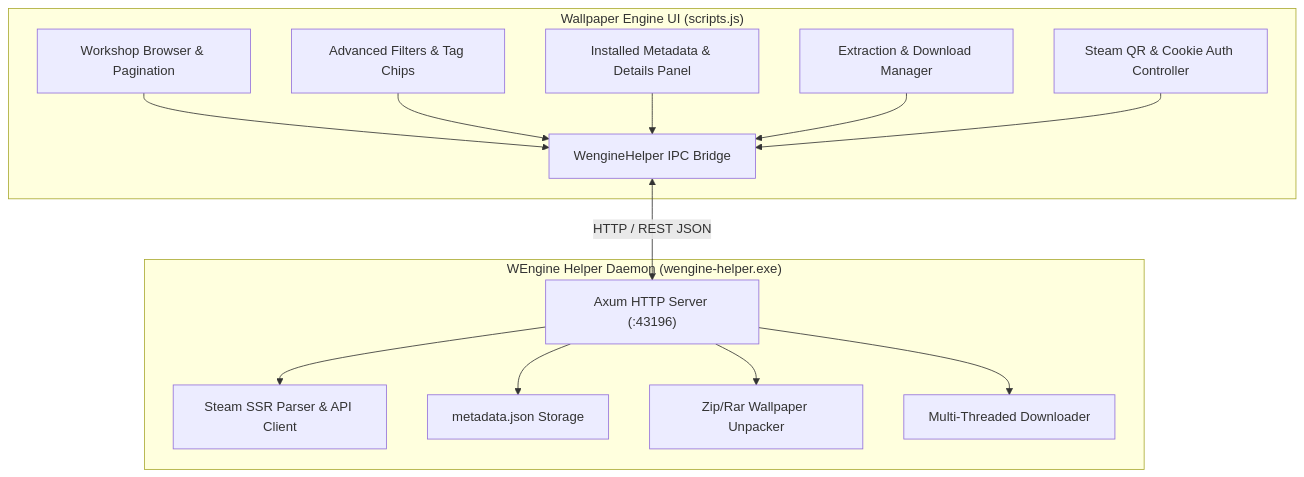
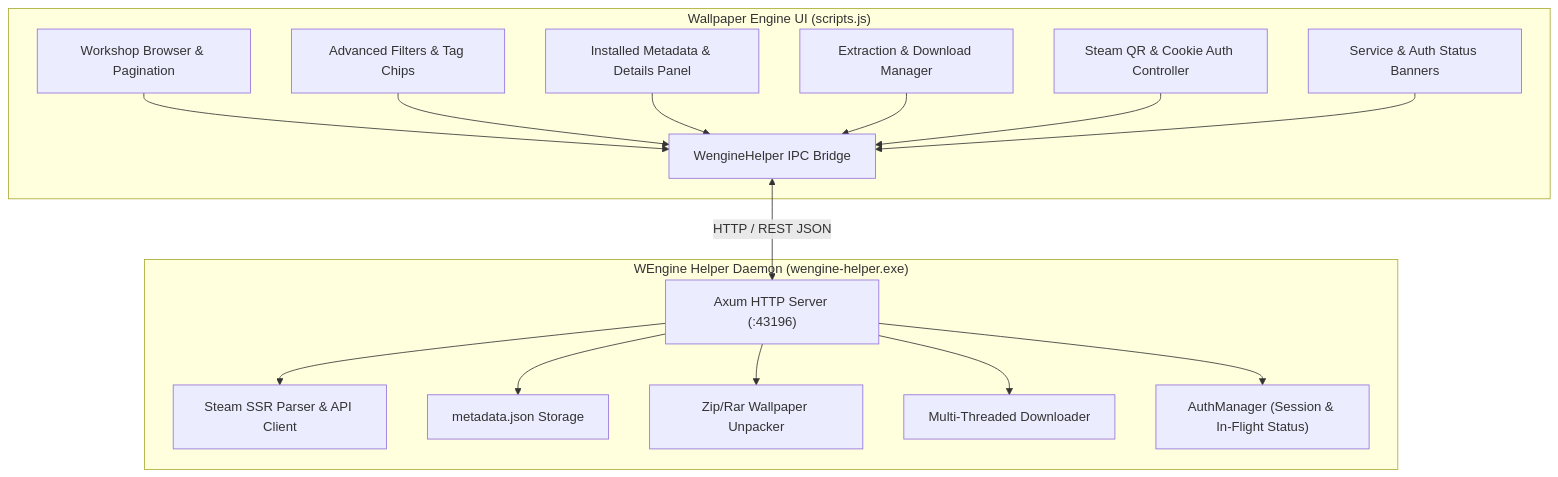
Before and after one commit to psyattack/WEngine-Plus: the diagram in DIFF.md, drawn with Mermaid. The commit also changed other lines of this file and 9 other files, not shown here.

````diff
--- a/DIFF.md
+++ b/DIFF.md
@@ -22,30 +22,34 @@
 ```mermaid
 flowchart TD
     subgraph UI ["Wallpaper Engine UI (scripts.js)"]
         HelperBridge["WengineHelper IPC Bridge"]
         WorkshopUI["Workshop Browser & Pagination"]
         FilterUI["Advanced Filters & Tag Chips"]
         MetadataUI["Installed Metadata & Details Panel"]
         ExtractUI["Extraction & Download Manager"]
         AuthUI["Steam QR & Cookie Auth Controller"]
+        StartupUI["Service & Auth Status Banners"]
     end
 
     subgraph Backend ["WEngine Helper Daemon (wengine-helper.exe)"]
         AxumRouter["Axum HTTP Server (:43196)"]
         SteamClient["Steam SSR Parser & API Client"]
         MetaStore["metadata.json Storage"]
         Extractor["Zip/Rar Wallpaper Unpacker"]
         Downloader["Multi-Threaded Downloader"]
+        AuthManager["AuthManager (Session & In-Flight Status)"]
     end
 
     HelperBridge <-->|HTTP / REST JSON| AxumRouter
     WorkshopUI --> HelperBridge
     FilterUI --> HelperBridge
     MetadataUI --> HelperBridge
     ExtractUI --> HelperBridge
     AuthUI --> HelperBridge
+    StartupUI --> HelperBridge
     AxumRouter --> SteamClient
     AxumRouter --> MetaStore
     AxumRouter --> Extractor
     AxumRouter --> Downloader
+    AxumRouter --> AuthManager
 ```
````
